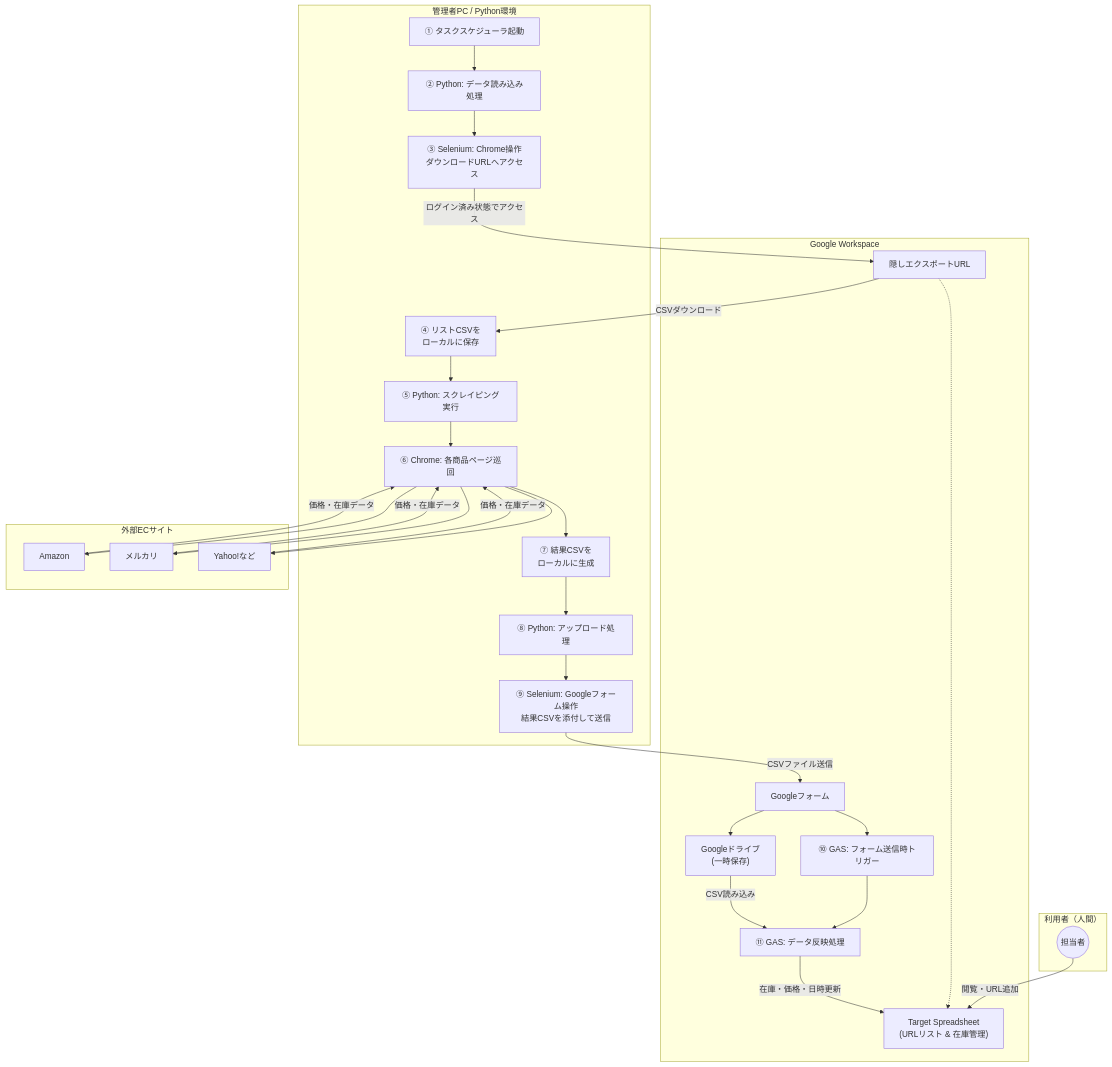
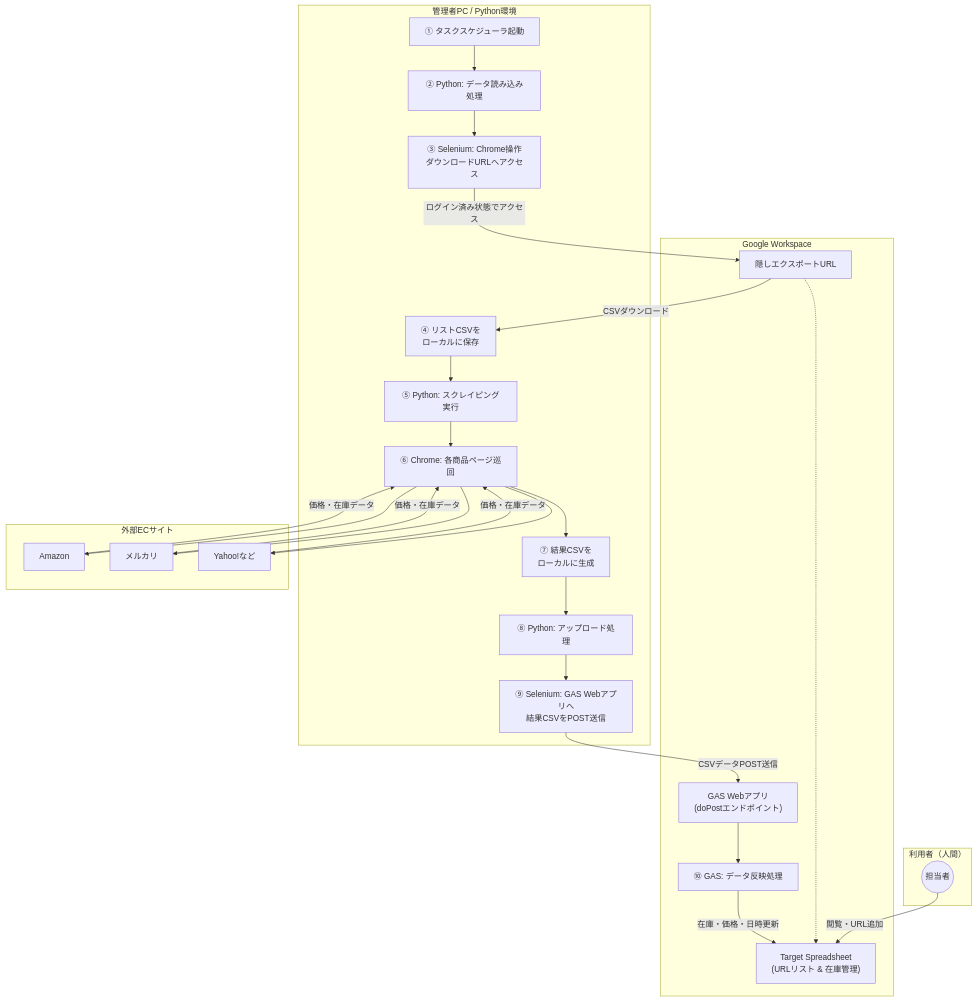
The diagram in doc/ウェブスクライビングフロー図.md (marusho-1266/Sales-Management-Spreadsheet), drawn with Mermaid before and after one commit. The commit also changed 17 other files, not shown here.

````diff
--- a/doc/ウェブスクライビングフロー図.md
+++ b/doc/ウェブスクライビングフロー図.md
@@ -1,68 +1,63 @@
 ```mermaid
 graph TD
     %% 定義: 登場人物とエリア
     subgraph User_Area ["利用者（人間）"]
         User(("担当者"))
     end
 
     subgraph Local_PC ["管理者PC / Python環境"]
         Scheduler["① タスクスケジューラ起動"]
         Py_Read["② Python: データ読み込み処理"]
         Chrome_DL["③ Selenium: Chrome操作<br>ダウンロードURLへアクセス"]
         Local_CSV_IN["④ リストCSVを<br>ローカルに保存"]
         
         Py_Scrape["⑤ Python: スクレイピング実行"]
         Chrome_Scrape["⑥ Chrome: 各商品ページ巡回"]
         Local_CSV_OUT["⑦ 結果CSVを<br>ローカルに生成"]
         
         Py_Upload["⑧ Python: アップロード処理"]
-        Chrome_Form["⑨ Selenium: Googleフォーム操作<br>結果CSVを添付して送信"]
+        Chrome_GAS["⑨ Selenium: GAS Webアプリへ<br>結果CSVをPOST送信"]
     end
 
     subgraph Cloud_Google ["Google Workspace"]
         MasterSheet["Target Spreadsheet<br>(URLリスト & 在庫管理)"]
         ExportURL["隠しエクスポートURL"]
-        G_Form["Googleフォーム"]
-        G_Drive["Googleドライブ<br>(一時保存)"]
-        GAS_Trigger["⑩ GAS: フォーム送信時トリガー"]
-        GAS_Update["⑪ GAS: データ反映処理"]
+        GAS_WebApp["GAS Webアプリ<br>(doPostエンドポイント)"]
+        GAS_Update["⑩ GAS: データ反映処理"]
     end
 
     subgraph Web_Sites ["外部ECサイト"]
         Amazon["Amazon"]
         Mercari["メルカリ"]
         Yahoo["Yahoo!など"]
     end
 
     %% フローの接続
     User -- "閲覧・URL追加" --> MasterSheet
     
     Scheduler --> Py_Read
     Py_Read --> Chrome_DL
     Chrome_DL -- "ログイン済み状態でアクセス" --> ExportURL
     ExportURL -.-> MasterSheet
     ExportURL -- "CSVダウンロード" --> Local_CSV_IN
     
     Local_CSV_IN --> Py_Scrape
     Py_Scrape --> Chrome_Scrape
     
     Chrome_Scrape --> Amazon
     Chrome_Scrape --> Mercari
     Chrome_Scrape --> Yahoo
     
     Amazon -- "価格・在庫データ" --> Chrome_Scrape
     Mercari -- "価格・在庫データ" --> Chrome_Scrape
     Yahoo -- "価格・在庫データ" --> Chrome_Scrape
     
     Chrome_Scrape --> Local_CSV_OUT
     
     Local_CSV_OUT --> Py_Upload
-    Py_Upload --> Chrome_Form
-    Chrome_Form -- "CSVファイル送信" --> G_Form
+    Py_Upload --> Chrome_GAS
+    Chrome_GAS -- "CSVデータPOST送信" --> GAS_WebApp
     
-    G_Form --> G_Drive
-    G_Form --> GAS_Trigger
-    GAS_Trigger --> GAS_Update
-    G_Drive -- "CSV読み込み" --> GAS_Update
+    GAS_WebApp --> GAS_Update
     GAS_Update -- "在庫・価格・日時更新" --> MasterSheet
 ```
````
